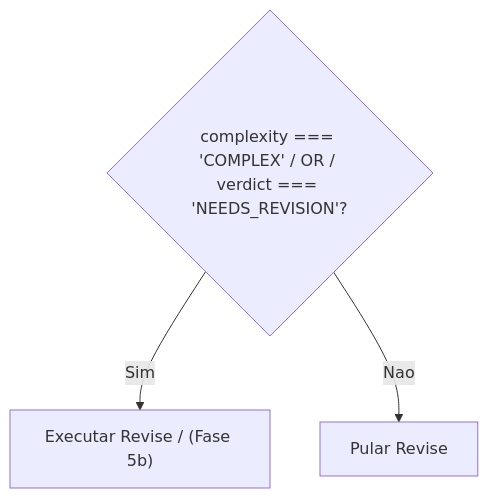
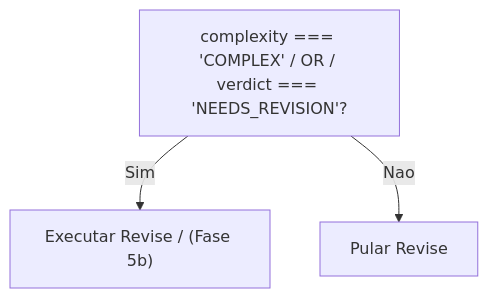
Before and after one commit to bychrisr/aios-docs: diagram 15 of 17 in content/en/docs/guides/workflows/SPEC-PIPELINE-WORKFLOW.mdx, drawn with Mermaid. The commit also changed other lines of this file and 40 other files, not shown here.

````diff
--- a/content/en/docs/guides/workflows/SPEC-PIPELINE-WORKFLOW.mdx
+++ b/content/en/docs/guides/workflows/SPEC-PIPELINE-WORKFLOW.mdx
@@ -864,6 +864,6 @@
 ```mermaid
 flowchart TB
-    D4{"complexity === 'COMPLEX' / OR / verdict === 'NEEDS_REVISION'?"}
+    D4["complexity === 'COMPLEX' / OR / verdict === 'NEEDS_REVISION'?"]
     D4 -->|Sim| RUN["Executar Revise / (Fase 5b)"]
     D4 -->|Nao| SKIP["Pular Revise"]
 ```
````
